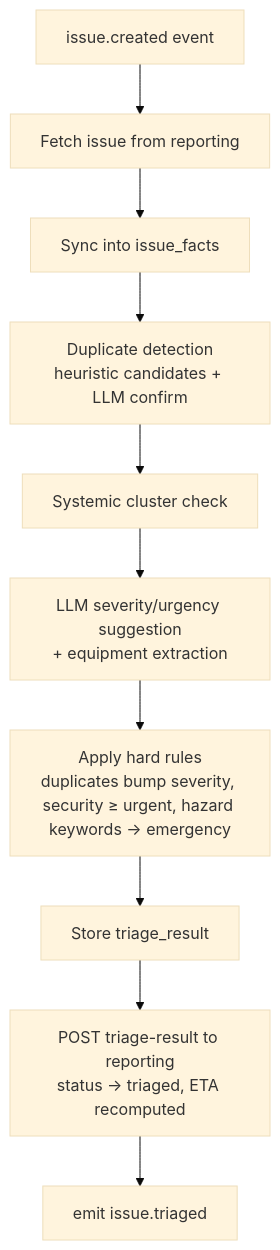
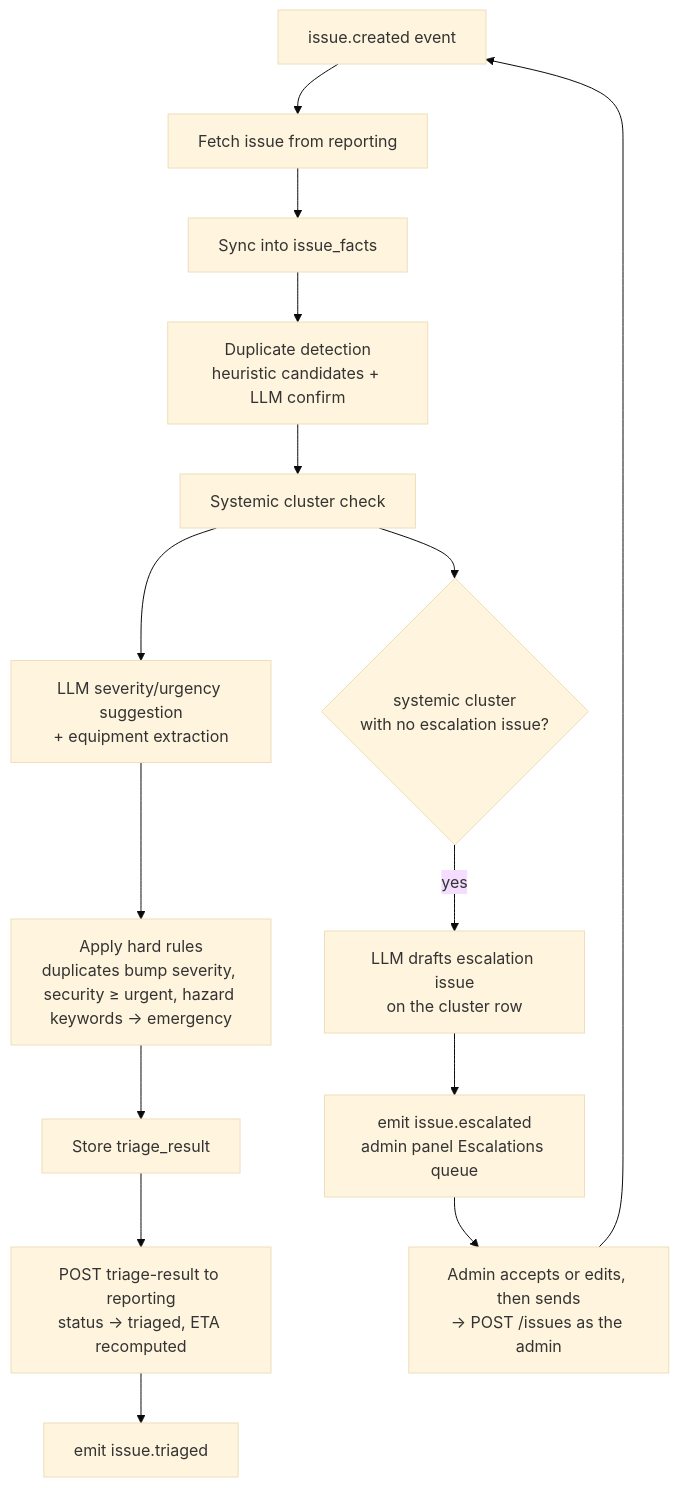
Before and after one commit to DeYuanChong/Incube2026_Grp3: the second of 2 diagrams in docs/05-triage-analytics.md, drawn with Mermaid (base theme). The commit also changed other lines of this file and 5 other files, not shown here.

First line of the commit message:
Escalate systemic faults as a new admin-owned issue

````diff
--- a/docs/05-triage-analytics.md
+++ b/docs/05-triage-analytics.md
@@ -79,12 +135,17 @@
 ```mermaid
 flowchart TD
     A[issue.created event] --> B[Fetch issue from reporting]
     B --> C[Sync into issue_facts]
     C --> D[Duplicate detection<br/>heuristic candidates + LLM confirm]
     D --> E[Systemic cluster check]
     E --> F[LLM severity/urgency suggestion<br/>+ equipment extraction]
     F --> G[Apply hard rules<br/>duplicates bump severity, security ≥ urgent, hazard keywords → emergency]
     G --> H[Store triage_result]
     H --> I[POST triage-result to reporting<br/>status → triaged, ETA recomputed]
     I --> J[emit issue.triaged]
+    E --> K{systemic cluster<br/>with no escalation issue?}
+    K -- yes --> L[LLM drafts escalation issue<br/>on the cluster row]
+    L --> M[emit issue.escalated<br/>admin panel Escalations queue]
+    M --> N[Admin accepts or edits, then sends<br/>→ POST /issues as the admin]
+    N --> A
 ```
````
